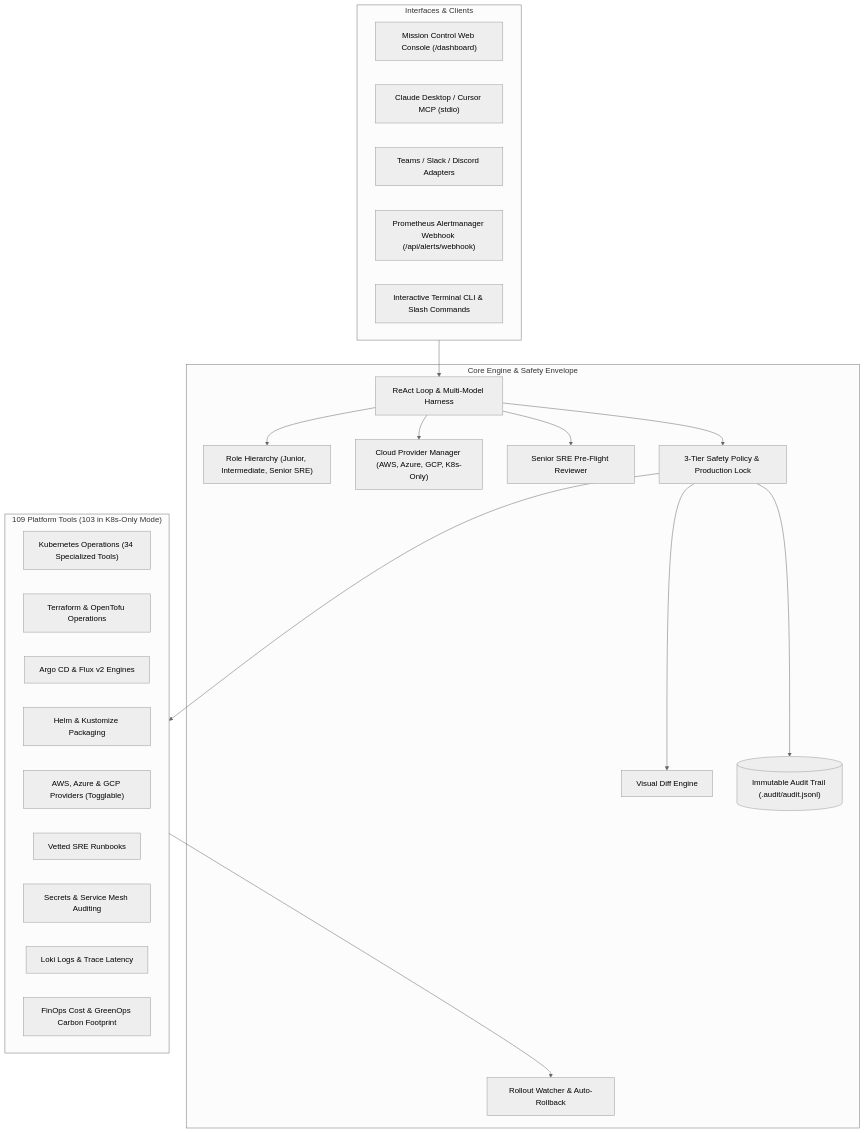
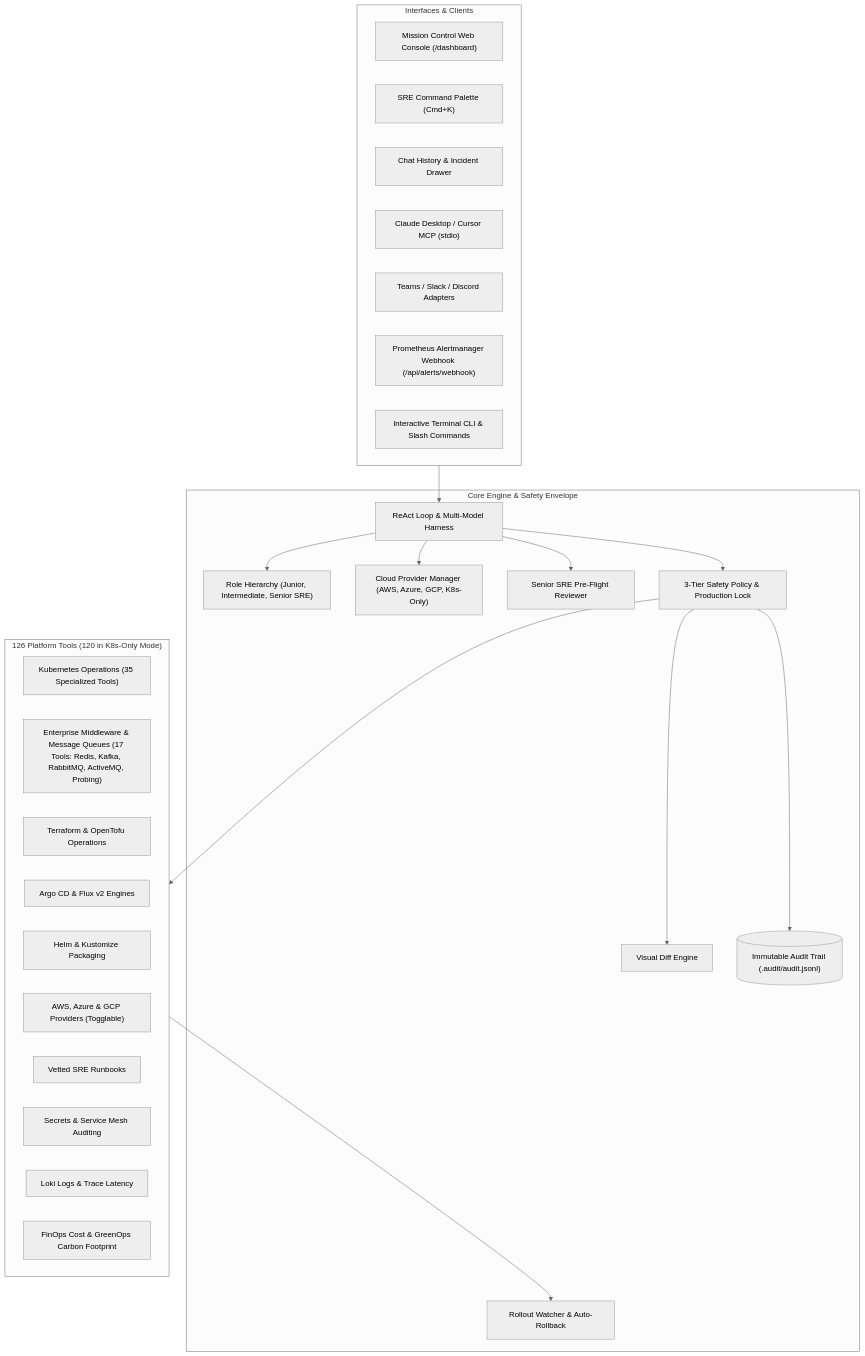
One commit to williamsjoshua005/devops-agent changed the diagram in docs/specs/README.md. Above: the diagram before and after it, drawn with Mermaid (neutral theme). The commit also changed other lines of this file and 4 other files, not shown here.

Commit message:
docs: update specs and README for 126 tools, middleware suites, and Mission Control UX

````diff
--- a/docs/specs/README.md
+++ b/docs/specs/README.md
@@ -97,43 +99,46 @@
 ```mermaid
 graph TD
     subgraph Interfaces_Clients ["Interfaces & Clients"]
         Web["Mission Control Web Console (/dashboard)"]
+        CmdPalette["SRE Command Palette (Cmd+K)"]
+        ChatDrawer["Chat History & Incident Drawer"]
         MCPClient["Claude Desktop / Cursor MCP (stdio)"]
         ChatOps["Teams / Slack / Discord Adapters"]
         Alerts["Prometheus Alertmanager Webhook (/api/alerts/webhook)"]
         CLI["Interactive Terminal CLI & Slash Commands"]
     end
 
     subgraph Core_Engine ["Core Engine & Safety Envelope"]
         Harness["ReAct Loop & Multi-Model Harness"]
         RoleMgr["Role Hierarchy (Junior, Intermediate, Senior SRE)"]
         CloudToggle["Cloud Provider Manager (AWS, Azure, GCP, K8s-Only)"]
         SRE["Senior SRE Pre-Flight Reviewer"]
         Guardrails["3-Tier Safety Policy & Production Lock"]
         Diff["Visual Diff Engine"]
         Watcher["Rollout Watcher & Auto-Rollback"]
         Audit[("Immutable Audit Trail (.audit/audit.jsonl)")]
     end
 
-    subgraph Platform_Tools ["109 Platform Tools (103 in K8s-Only Mode)"]
-        K8s["Kubernetes Operations (34 Specialized Tools)"]
+    subgraph Platform_Tools ["126 Platform Tools (120 in K8s-Only Mode)"]
+        K8s["Kubernetes Operations (35 Specialized Tools)"]
+        Middleware["Enterprise Middleware & Message Queues (17 Tools: Redis, Kafka, RabbitMQ, ActiveMQ, Probing)"]
         IaC["Terraform & OpenTofu Operations"]
         GitOps["Argo CD & Flux v2 Engines"]
         Helm["Helm & Kustomize Packaging"]
         Clouds["AWS, Azure & GCP Providers (Togglable)"]
         Runbooks["Vetted SRE Runbooks"]
         SecMesh["Secrets & Service Mesh Auditing"]
         Obs["Loki Logs & Trace Latency"]
         FinOps["FinOps Cost & GreenOps Carbon Footprint"]
     end
 
     Interfaces_Clients --> Harness
     Harness --> RoleMgr
     Harness --> CloudToggle
     Harness --> SRE
     Harness --> Guardrails
     Guardrails --> Diff
     Guardrails --> Audit
     Guardrails --> Platform_Tools
     Platform_Tools --> Watcher
 ```
````
